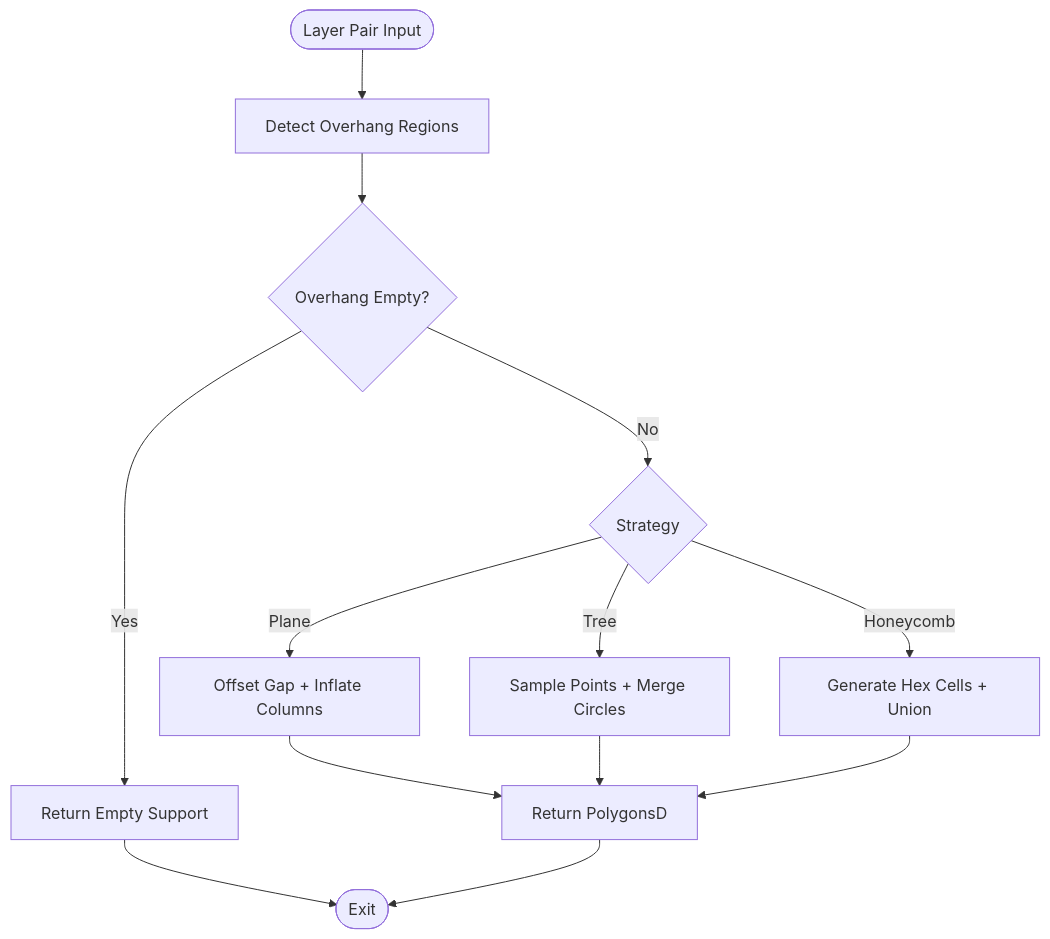
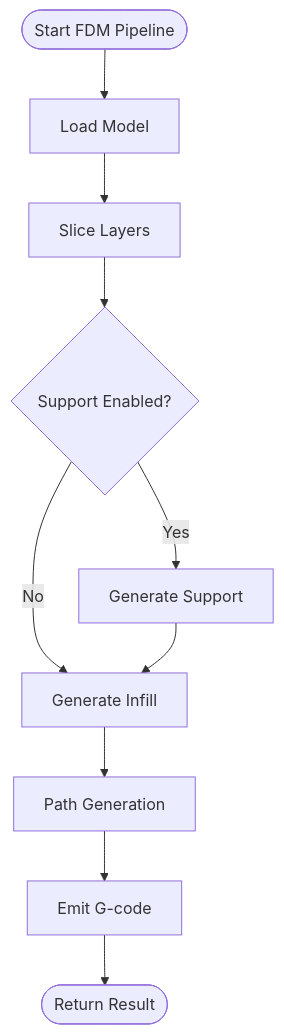
One commit to hsmbanlance/HsBaSlicer changed the fourth of 12 diagrams in .qoder/repowiki/en/content/Advanced Features/Advanced Features.md. Above: the diagram before and after it, drawn with Mermaid. The commit also changed other lines of this file and 1135 other files, not shown here.

````diff
--- a/.qoder/repowiki/en/content/Advanced Features/Advanced Features.md
+++ b/.qoder/repowiki/en/content/Advanced Features/Advanced Features.md
@@ -288,15 +380,12 @@
 ```mermaid
 flowchart TD
-Start(["Layer Pair Input"]) --> Detect["Detect Overhang Regions"]
-Detect --> Empty{"Overhang Empty?"}
-Empty --> |Yes| NoSupport["Return Empty Support"]
-Empty --> |No| Strategy{"Strategy"}
-Strategy --> |Plane| Plane["Offset Gap + Inflate Columns"]
-Strategy --> |Tree| Tree["Sample Points + Merge Circles"]
-Strategy --> |Honeycomb| Honey["Generate Hex Cells + Union"]
-Plane --> Output["Return PolygonsD"]
-Tree --> Output
-Honey --> Output
-NoSupport --> End(["Exit"])
-Output --> End
+Start(["Start FDM Pipeline"]) --> Load["Load Model"]
+Load --> Slice["Slice Layers"]
+Slice --> Support{"Support Enabled?"}
+Support --> |Yes| GenSupport["Generate Support"]
+Support --> |No| Fill["Generate Infill"]
+GenSupport --> Fill
+Fill --> PathGen["Path Generation"]
+PathGen --> GCode["Emit G-code"]
+GCode --> End(["Return Result"])
 ```
````
